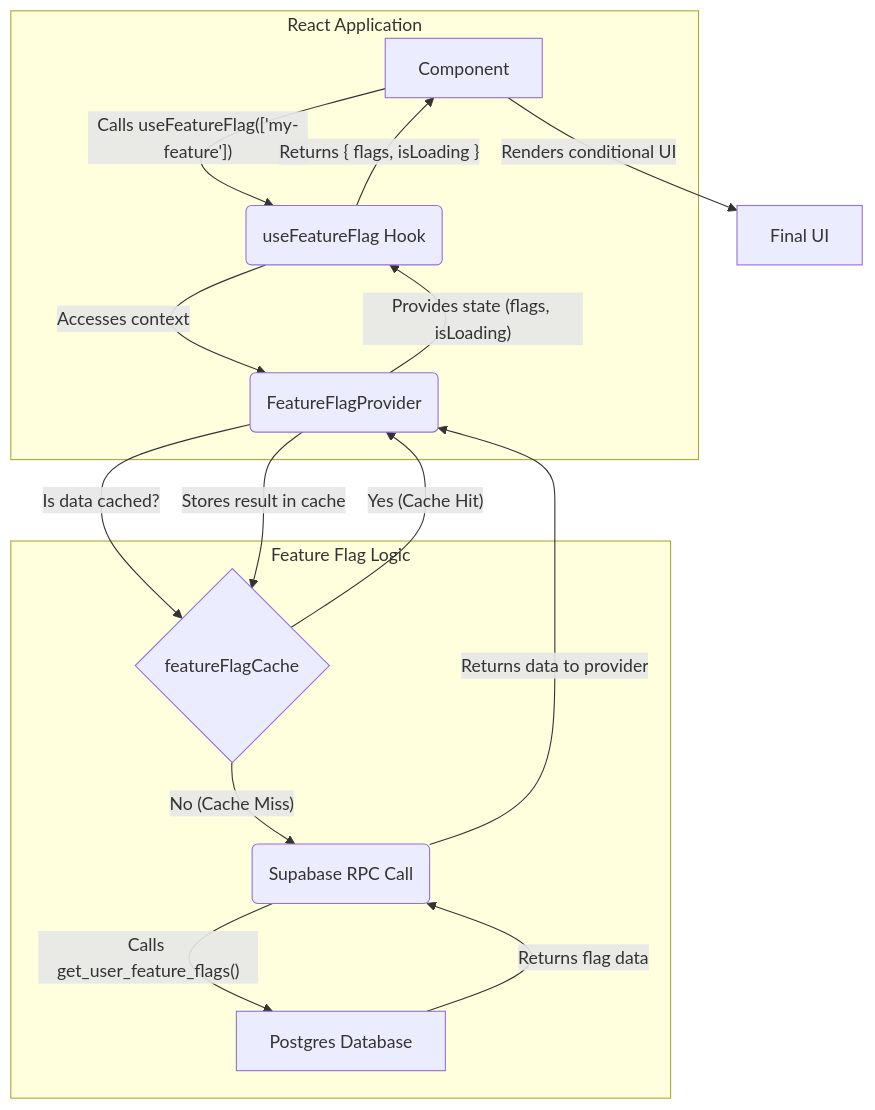
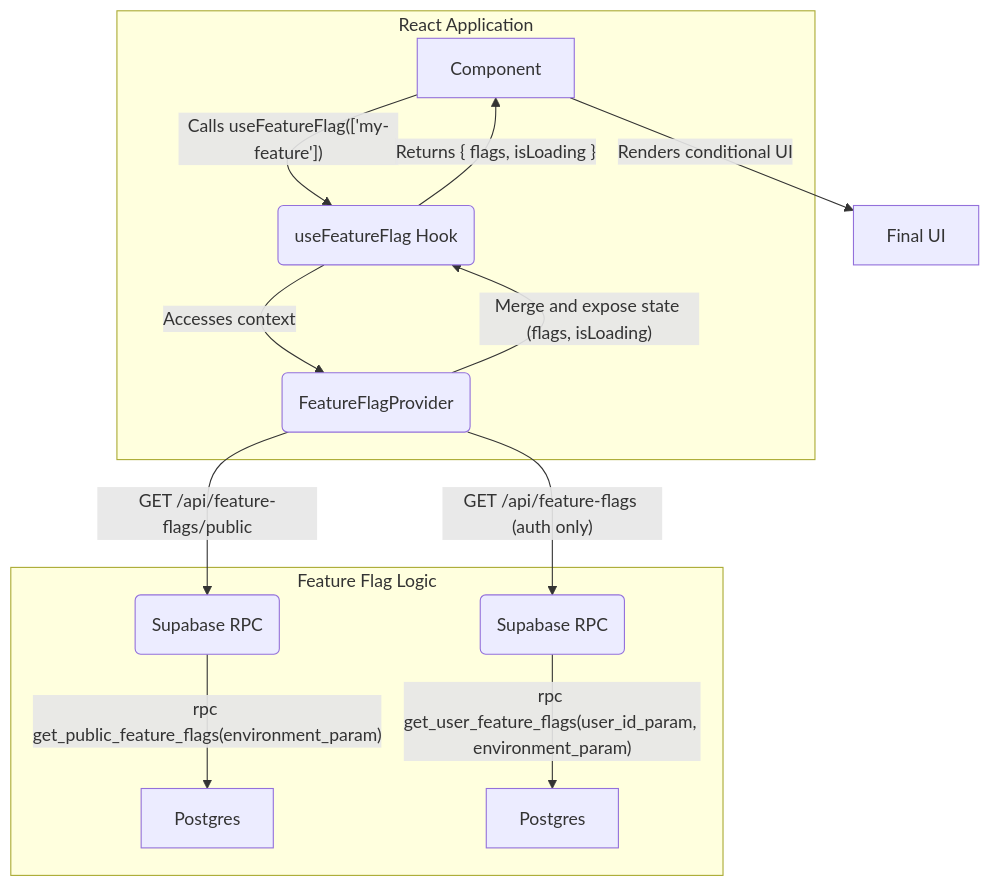
One commit to erikpr1994/peakHealth changed the first of 6 diagrams in apps/web/src/features/feature-flags/FEATURE_FLAG_SYSTEM.md. Above: the diagram before and after it, drawn with Mermaid. The commit also changed other lines of this file, not shown here.

Commit message:
docs(feature-flags): overhaul FEATURE_FLAG_SYSTEM.md with diagrams, API flow, schema, rollout logic, and known caveats

````diff
--- a/apps/web/src/features/feature-flags/FEATURE_FLAG_SYSTEM.md
+++ b/apps/web/src/features/feature-flags/FEATURE_FLAG_SYSTEM.md
@@ -9,21 +9,18 @@
 ```mermaid
 graph TD
     subgraph "React Application"
         A[Component] -- "Calls useFeatureFlag(['my-feature'])" --> B(useFeatureFlag Hook)
         B -- "Accesses context" --> C(FeatureFlagProvider)
     end
 
     subgraph "Feature Flag Logic"
-        C -- "Is data cached?" --> D{featureFlagCache}
-        D -- "Yes (Cache Hit)" --> C
-        D -- "No (Cache Miss)" --> E(Supabase RPC Call)
-        E -- "Calls get_user_feature_flags()" --> F[Postgres Database]
-        F -- "Returns flag data" --> E
-        E -- "Returns data to provider" --> C
-        C -- "Stores result in cache" --> D
-        C -- "Provides state (flags, isLoading)" --> B
+        C -- "GET /api/feature-flags/public" --> E1(Supabase RPC)
+        E1 -- "rpc get_public_feature_flags(environment_param)" --> F1[Postgres]
+        C -- "GET /api/feature-flags (auth only)" --> E2(Supabase RPC)
+        E2 -- "rpc get_user_feature_flags(user_id_param, environment_param)" --> F2[Postgres]
+        C -- "Merge and expose state (flags, isLoading)" --> B
     end
 
     B -- "Returns { flags, isLoading }" --> A
     A -- "Renders conditional UI" --> G[Final UI]
 ```
````
